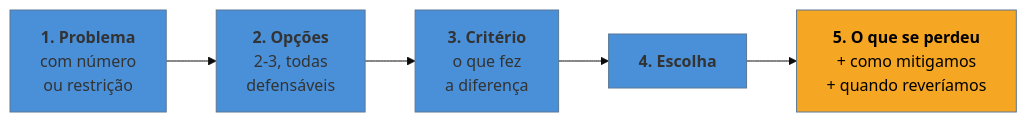
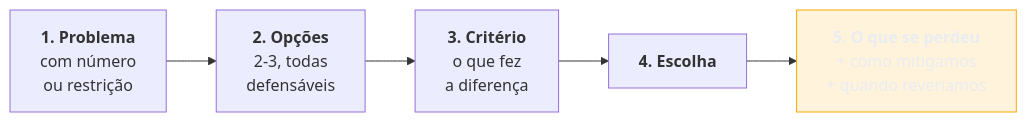
One commit to josenaldo/codex-technomanticus changed the diagram in 03-Dominios/Carreira/Entrevistas/11 - Comunicar trade-offs sob pressão.md. Above: the diagram before and after it, drawn with Mermaid. The commit also changed 1181 other files, not shown here.

First line of the commit message:
fix(diagramas): paleta do sistema no lugar de cor cravada no markdown

````diff
--- a/03-Dominios/Carreira/Entrevistas/11 - Comunicar trade-offs sob pressão.md
+++ b/03-Dominios/Carreira/Entrevistas/11 - Comunicar trade-offs sob pressão.md
@@ -37,10 +37,10 @@
 ```mermaid
-%%{init: {"theme": "base", "themeVariables": {"primaryColor": "#4A90D9"}}}%%
 graph LR
+    classDef destaque fill:#FFAA0024,stroke:#FFAA00,color:#E9ECF2
     P["<b>1. Problema</b><br/>com número<br/>ou restrição"] --> O["<b>2. Opções</b><br/>2-3, todas<br/>defensáveis"]
     O --> C["<b>3. Critério</b><br/>o que fez<br/>a diferença"]
     C --> E["<b>4. Escolha</b>"]
     E --> L["<b>5. O que se perdeu</b><br/>+ como mitigamos<br/>+ quando reveríamos"]
 
-    style L fill:#F5A623,color:#000
+    class L destaque
 ```
````
